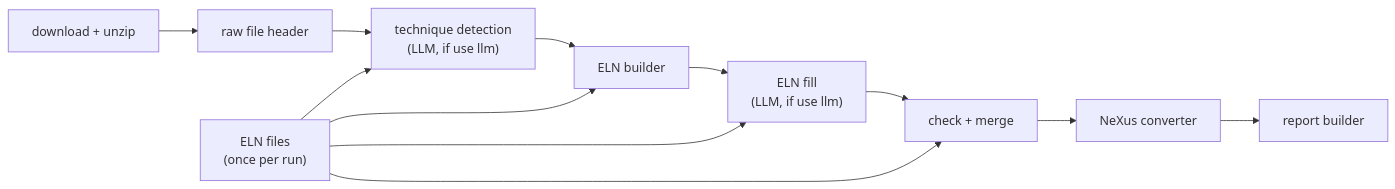
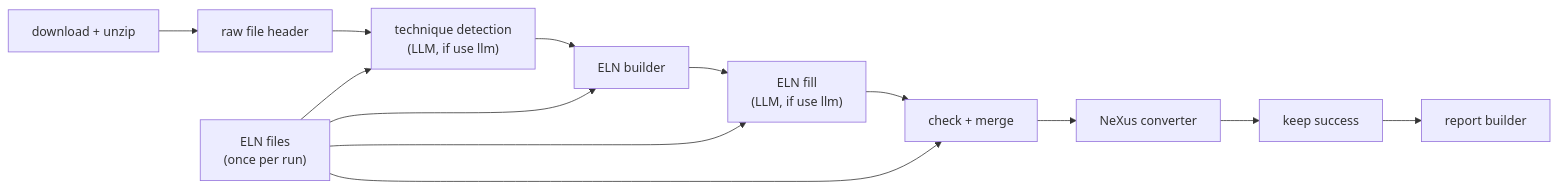
One commit to RubelMozumder/galaxytools changed the diagram in workflows/zenodo_harvest/README.md. Above: the diagram before and after it, drawn with Mermaid. The commit also changed other lines of this file and 2 other files, not shown here.

First line of the commit message:
Keep only the succeeded files before the report of the Zenodo harvest workflow

````diff
--- a/workflows/zenodo_harvest/README.md
+++ b/workflows/zenodo_harvest/README.md
@@ -12,7 +12,7 @@
 ```mermaid
 flowchart LR
   dl["download + unzip"] --> header["raw file header"] --> detect["technique detection<br/>(LLM, if use llm)"]
   detect --> eln["ELN builder"] --> fill["ELN fill<br/>(LLM, if use llm)"] --> merge["check + merge"]
-  merge --> convert["NeXus converter"] --> report["report builder"]
+  merge --> convert["NeXus converter"] --> keep["keep success"] --> report["report builder"]
   files["ELN files<br/>(once per run)"] --> detect & eln & fill & merge
 ```
````
